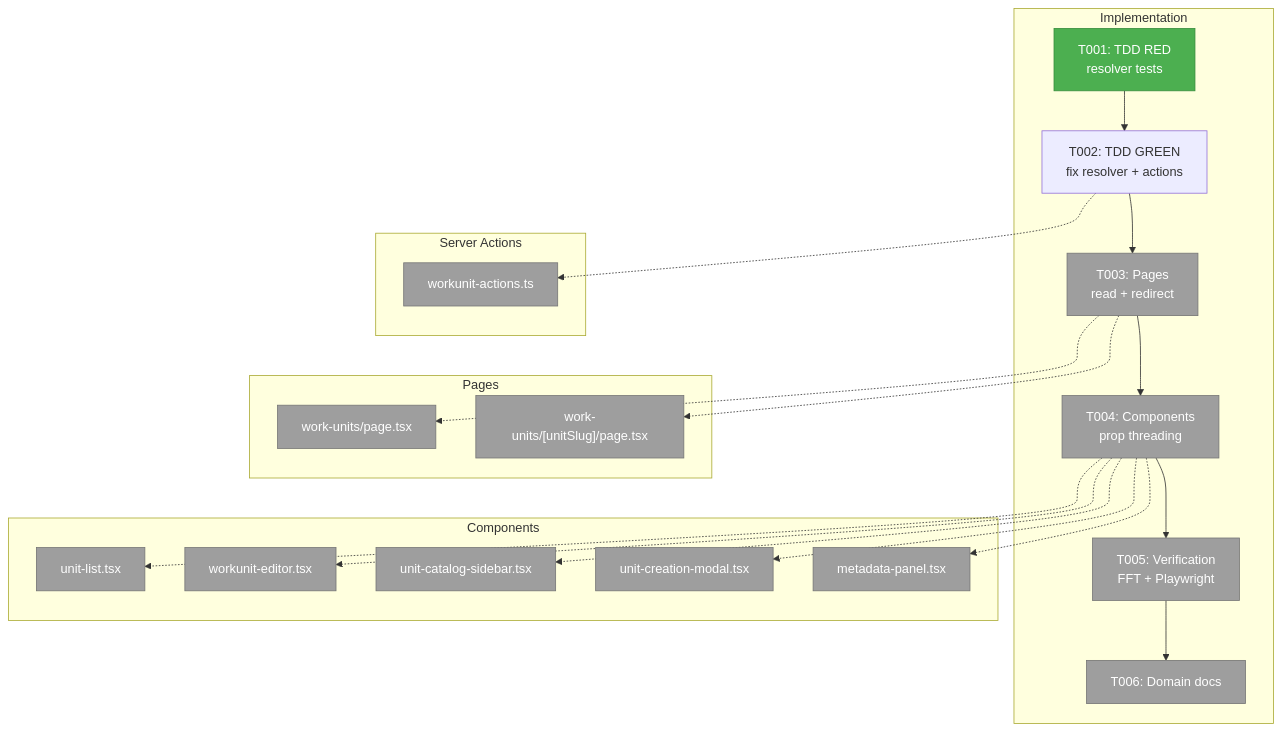
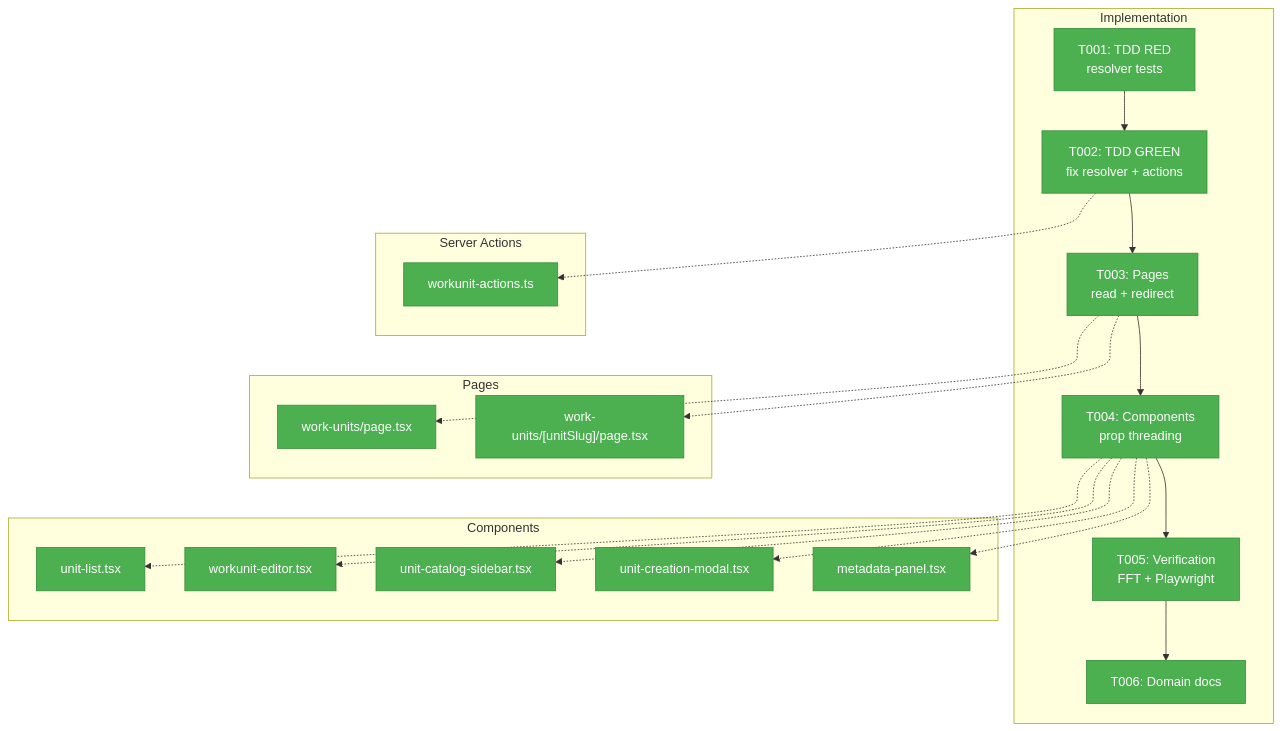
One commit to AI-Substrate/chainglass changed the first of 3 diagrams in docs/plans/062-workunit-worktree-resolution/tasks/implementation/tasks.md. Above: the diagram before and after it, drawn with Mermaid. The commit also changed other lines of this file and 2 other files, not shown here.

Commit message:
Plan 062: Update progress tracking - all tasks complete
All 6 tasks [x], all 12 ACs [x], all architecture map nodes completed,
flight plan Mermaid all done, stages all checked. Domain changes logged.

````diff
--- a/docs/plans/062-workunit-worktree-resolution/tasks/implementation/tasks.md
+++ b/docs/plans/062-workunit-worktree-resolution/tasks/implementation/tasks.md
@@ -46,46 +46,46 @@
 ```mermaid
 flowchart TD
     classDef pending fill:#9E9E9E,stroke:#757575,color:#fff
     classDef completed fill:#4CAF50,stroke:#388E3C,color:#fff
     classDef inprogress fill:#FFC107,stroke:#FFA000,color:#000
 
     subgraph Implementation["Implementation"]
         T001["T001: TDD RED<br/>resolver tests"]:::completed
-        T002["T002: TDD GREEN<br/>fix resolver + actions"]:::blocked
-        T003["T003: Pages<br/>read + redirect"]:::pending
-        T004["T004: Components<br/>prop threading"]:::pending
-        T005["T005: Verification<br/>FFT + Playwright"]:::pending
-        T006["T006: Domain docs"]:::pending
+        T002["T002: TDD GREEN<br/>fix resolver + actions"]:::completed
+        T003["T003: Pages<br/>read + redirect"]:::completed
+        T004["T004: Components<br/>prop threading"]:::completed
+        T005["T005: Verification<br/>FFT + Playwright"]:::completed
+        T006["T006: Domain docs"]:::completed
         T001 --> T002
         T002 --> T003
         T003 --> T004
         T004 --> T005
         T005 --> T006
     end
 
     subgraph Actions["Server Actions"]
-        FA["workunit-actions.ts"]:::pending
+        FA["workunit-actions.ts"]:::completed
     end
 
     subgraph Pages["Pages"]
-        FP1["work-units/page.tsx"]:::pending
-        FP2["work-units/[unitSlug]/page.tsx"]:::pending
+        FP1["work-units/page.tsx"]:::completed
+        FP2["work-units/[unitSlug]/page.tsx"]:::completed
     end
 
     subgraph Components["Components"]
-        FC1["unit-list.tsx"]:::pending
-        FC2["workunit-editor.tsx"]:::pending
-        FC3["unit-catalog-sidebar.tsx"]:::pending
-        FC4["unit-creation-modal.tsx"]:::pending
-        FC5["metadata-panel.tsx"]:::pending
+        FC1["unit-list.tsx"]:::completed
+        FC2["workunit-editor.tsx"]:::completed
+        FC3["unit-catalog-sidebar.tsx"]:::completed
+        FC4["unit-creation-modal.tsx"]:::completed
+        FC5["metadata-panel.tsx"]:::completed
     end
 
     T002 -.-> FA
     T003 -.-> FP1
     T003 -.-> FP2
     T004 -.-> FC1
     T004 -.-> FC2
     T004 -.-> FC3
     T004 -.-> FC4
     T004 -.-> FC5
 ```
````
